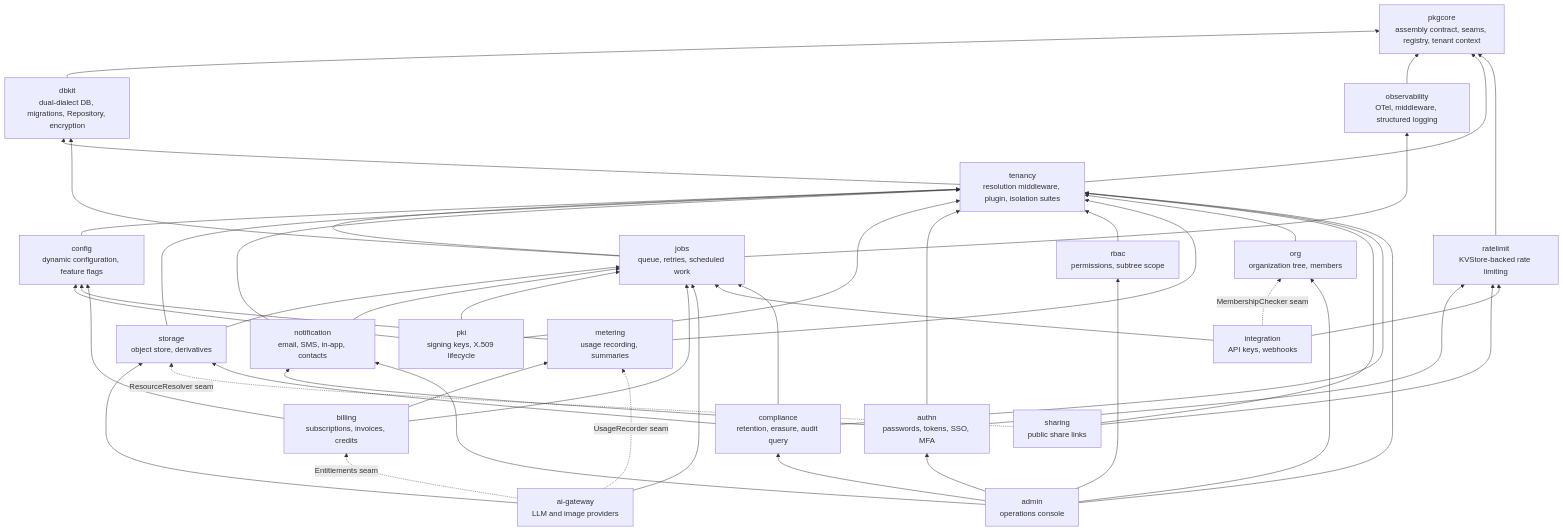
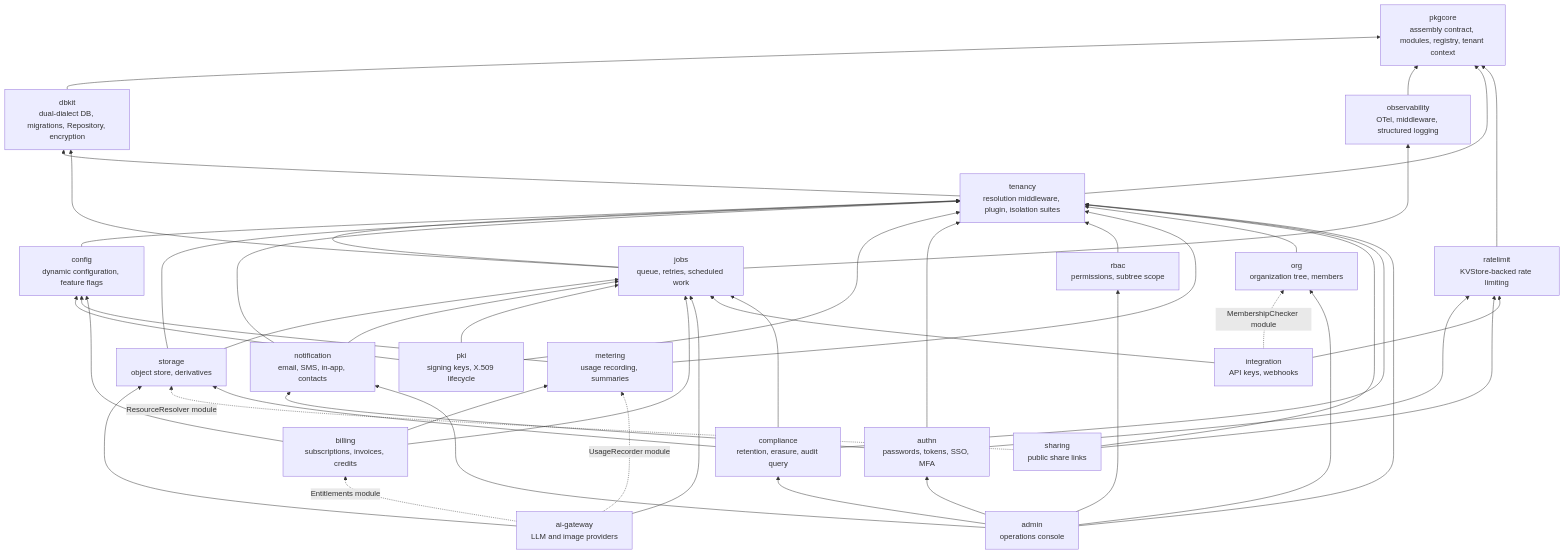
The first of 2 diagrams in docs/site/content.en/docs/developer-docs/architecture.md (vislake/speed), drawn with Mermaid before and after one commit. The commit also changed other lines of this file and 71 other files, not shown here.

First line of the commit message:
docs(site): rewrite the English seam wording as module/component

````diff
--- a/docs/site/content.en/docs/developer-docs/architecture.md
+++ b/docs/site/content.en/docs/developer-docs/architecture.md
@@ -52,69 +52,69 @@
 ```mermaid
 graph BT
-    pkgcore["pkgcore<br/>assembly contract, seams, registry, tenant context"]
+    pkgcore["pkgcore<br/>assembly contract, modules, registry, tenant context"]
     dbkit["dbkit<br/>dual-dialect DB, migrations, Repository, encryption"]
     obs["observability<br/>OTel, middleware, structured logging"]
     tenancy["tenancy<br/>resolution middleware, plugin, isolation suites"]
     ratelimit["ratelimit<br/>KVStore-backed rate limiting"]
     cfg["config<br/>dynamic configuration, feature flags"]
     jobs["jobs<br/>queue, retries, scheduled work"]
     storage["storage<br/>object store, derivatives"]
     notify["notification<br/>email, SMS, in-app, contacts"]
     pki["pki<br/>signing keys, X.509 lifecycle"]
     authn["authn<br/>passwords, tokens, SSO, MFA"]
     rbac["rbac<br/>permissions, subtree scope"]
     metering["metering<br/>usage recording, summaries"]
     org["org<br/>organization tree, members"]
     billing["billing<br/>subscriptions, invoices, credits"]
     ai["ai-gateway<br/>LLM and image providers"]
     sharing["sharing<br/>public share links"]
     integ["integration<br/>API keys, webhooks"]
     comp["compliance<br/>retention, erasure, audit query"]
     admin["admin<br/>operations console"]
 
     dbkit --> pkgcore
     obs --> pkgcore
     tenancy --> pkgcore
     tenancy --> dbkit
     ratelimit --> pkgcore
     cfg --> tenancy
     jobs --> tenancy
     jobs --> obs
     jobs --> dbkit
     storage --> tenancy
     storage --> jobs
     notify --> tenancy
     notify --> jobs
     pki --> tenancy
     pki --> jobs
     pki --> cfg
     authn --> tenancy
     authn --> notify
     authn --> ratelimit
     rbac --> tenancy
     metering --> tenancy
     metering --> cfg
     org --> tenancy
     billing --> metering
     billing --> cfg
     billing --> jobs
     ai --> jobs
     ai --> storage
-    ai -.->|"Entitlements seam"| billing
-    ai -.->|"UsageRecorder seam"| metering
+    ai -.->|"Entitlements module"| billing
+    ai -.->|"UsageRecorder module"| metering
     sharing --> tenancy
     sharing --> ratelimit
-    sharing -.->|"ResourceResolver seam"| storage
+    sharing -.->|"ResourceResolver module"| storage
     integ --> jobs
     integ --> ratelimit
-    integ -.->|"MembershipChecker seam"| org
+    integ -.->|"MembershipChecker module"| org
     comp --> tenancy
     comp --> jobs
     comp --> storage
     admin --> rbac
     admin --> authn
     admin --> tenancy
     admin --> org
     admin --> notify
     admin --> comp
 ```
````
